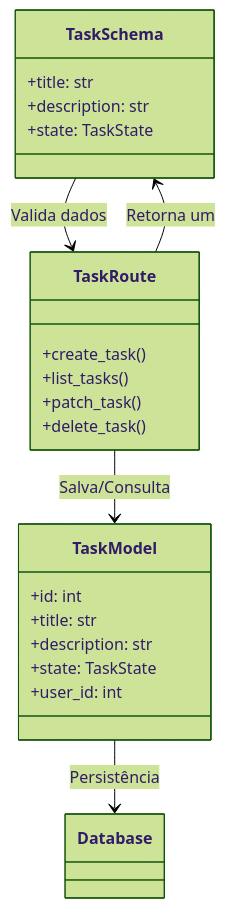
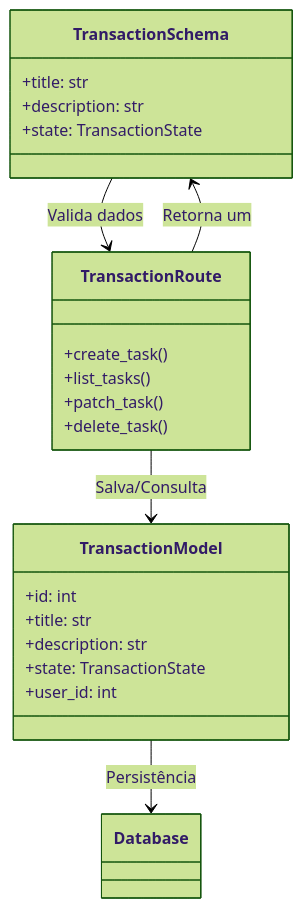
Before and after one commit to Nicknamedlc/financial-tracker: the second of 4 diagrams in README.md, drawn with Mermaid (forest theme). The commit also changed other lines of this file and 14 other files, not shown here.

````diff
--- a/README.md
+++ b/README.md
@@ -66,31 +66,31 @@
 ```mermaid
 classDiagram
-    class TaskModel {
+    class TransactionModel {
         +id: int
         +title: str
         +description: str
-        +state: TaskState
+        +state: TransactionState
         +user_id: int
     }
 
-    class TaskSchema {
+    class TransactionSchema {
         +title: str
         +description: str
-        +state: TaskState
+        +state: TransactionState
     }
 
-    class TaskRoute {
+    class TransactionRoute {
         +create_task()
         +list_tasks()
         +patch_task()
         +delete_task()
     }
 
-    TaskSchema --> TaskRoute : Valida dados
-    TaskRoute --> TaskModel : Salva/Consulta
-    TaskRoute --> TaskSchema : Retorna um
-    TaskModel --> Database : Persistência
+    TransactionSchema --> TransactionRoute : Valida dados
+    TransactionRoute --> TransactionModel : Salva/Consulta
+    TransactionRoute --> TransactionSchema : Retorna um
+    TransactionModel --> Database : Persistência
     
     
     
 ```
````
